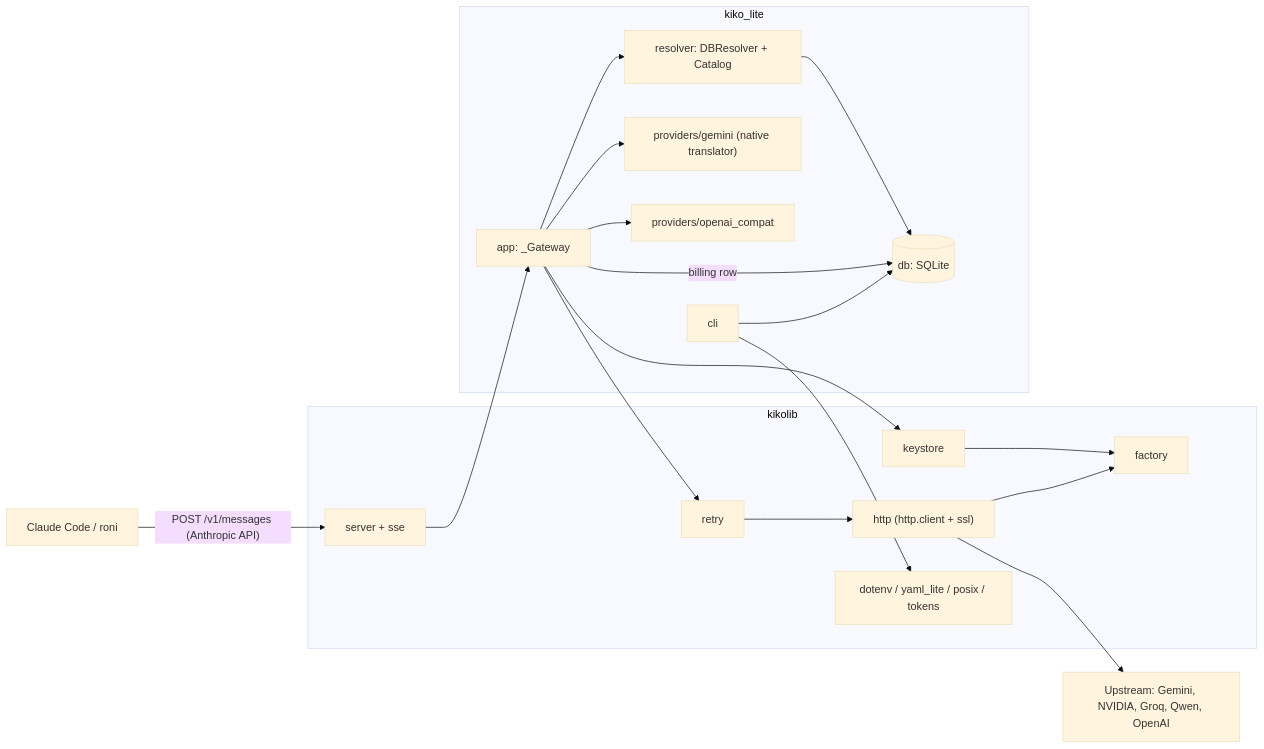
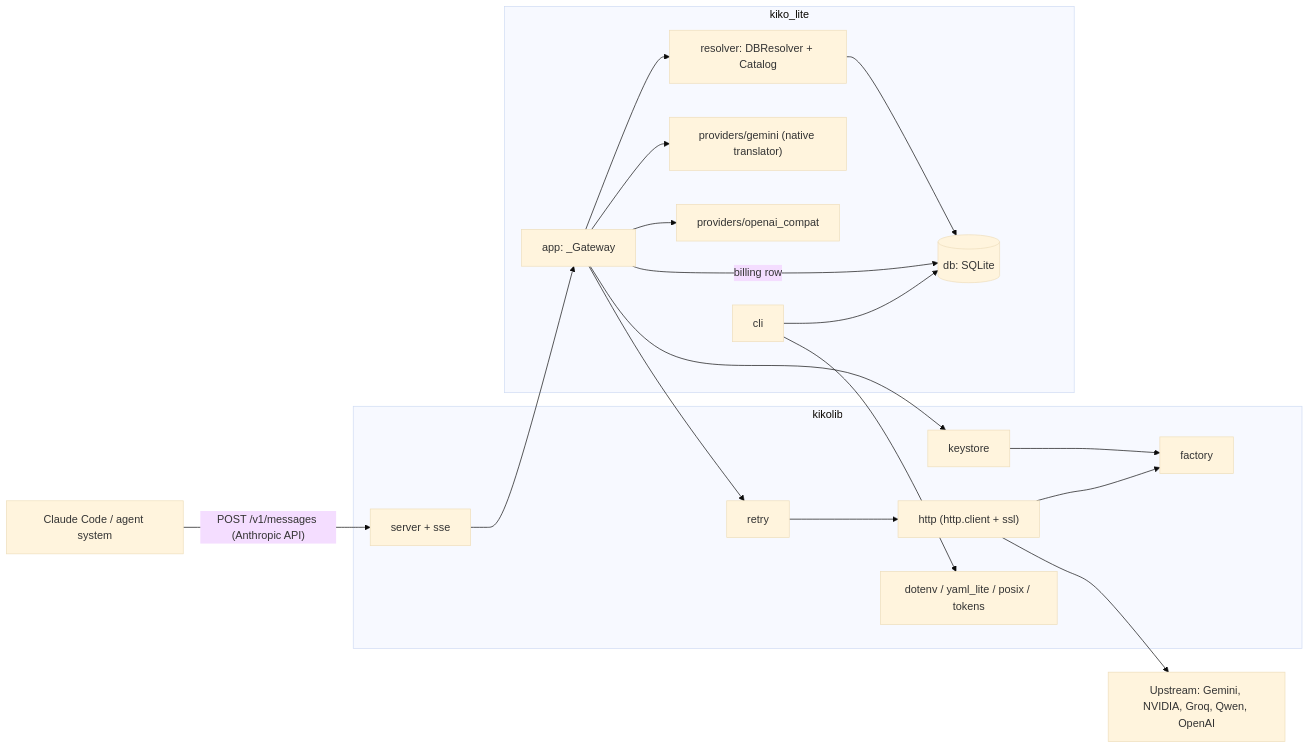
One commit to peterkokosharov/kiko changed the first of 4 diagrams in docs/gateway/site/en/ARCHITECTURE.md. Above: the diagram before and after it, drawn with Mermaid (base theme). The commit also changed other lines of this file and 15 other files, not shown here.

````diff
--- a/docs/gateway/site/en/ARCHITECTURE.md
+++ b/docs/gateway/site/en/ARCHITECTURE.md
@@ -27,34 +27,34 @@
 ```mermaid
 flowchart LR
-    CC["Claude Code / roni"] -->|"POST /v1/messages (Anthropic API)"| SRV
+    CC["Claude Code / agent system"] -->|"POST /v1/messages (Anthropic API)"| SRV
     subgraph kikolib
         SRV["server + sse"]
         HTTP["http (http.client + ssl)"]
         RETRY["retry"]
         KS["keystore"]
         FAC["factory"]
         DOT["dotenv / yaml_lite / posix / tokens"]
     end
     subgraph kiko_lite
         APP["app: _Gateway"]
         RES["resolver: DBResolver + Catalog"]
         GEM["providers/gemini (native translator)"]
         OAI["providers/openai_compat"]
         DB[("db: SQLite")]
         CLI["cli"]
     end
     SRV --> APP
     APP --> RES
     RES --> DB
     APP --> GEM
     APP --> OAI
     APP --> RETRY
     RETRY --> HTTP
     APP --> KS
     KS --> FAC
     HTTP --> FAC
     HTTP --> UP["Upstream: Gemini, NVIDIA, Groq, Qwen, OpenAI"]
     APP -->|"billing row"| DB
     CLI --> DB
     CLI --> DOT
 ```
````
